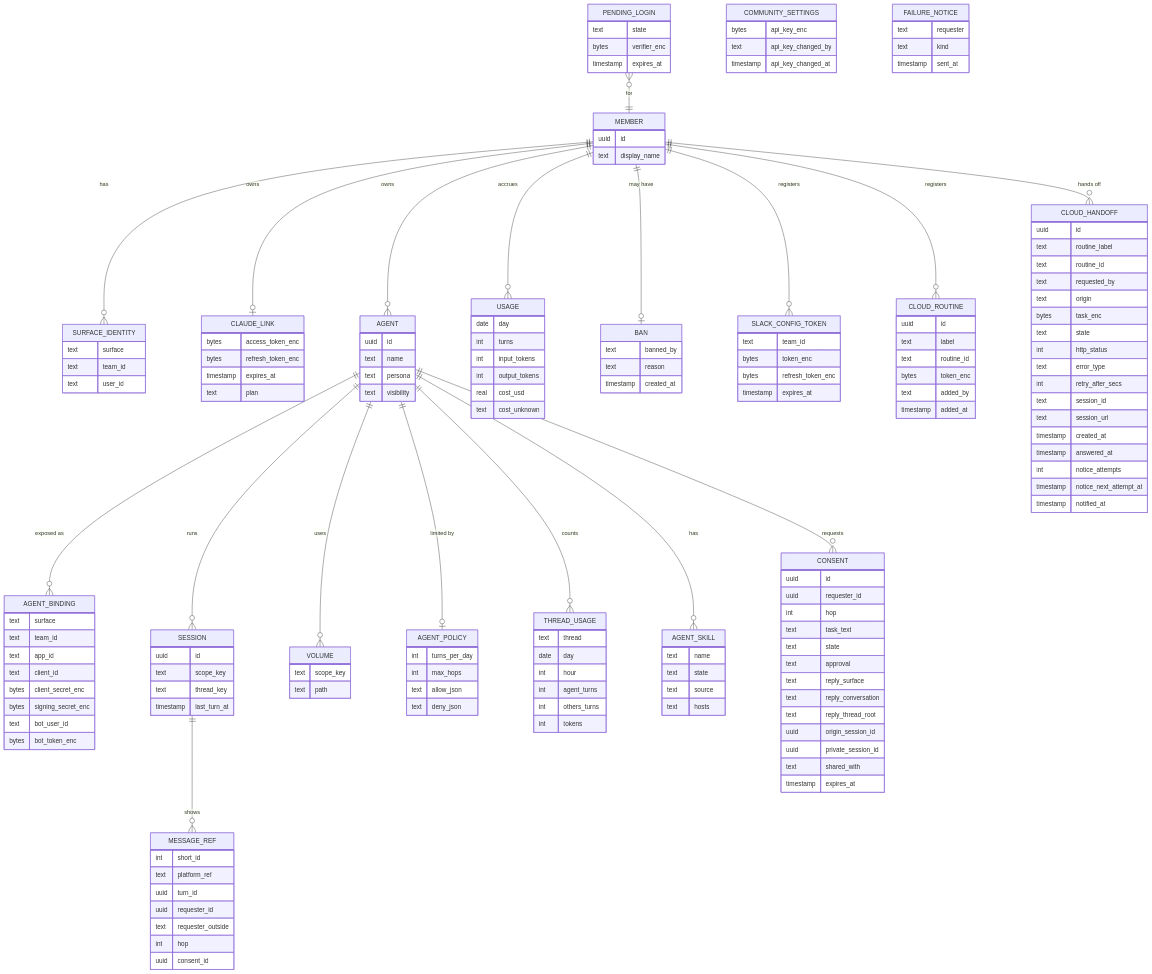
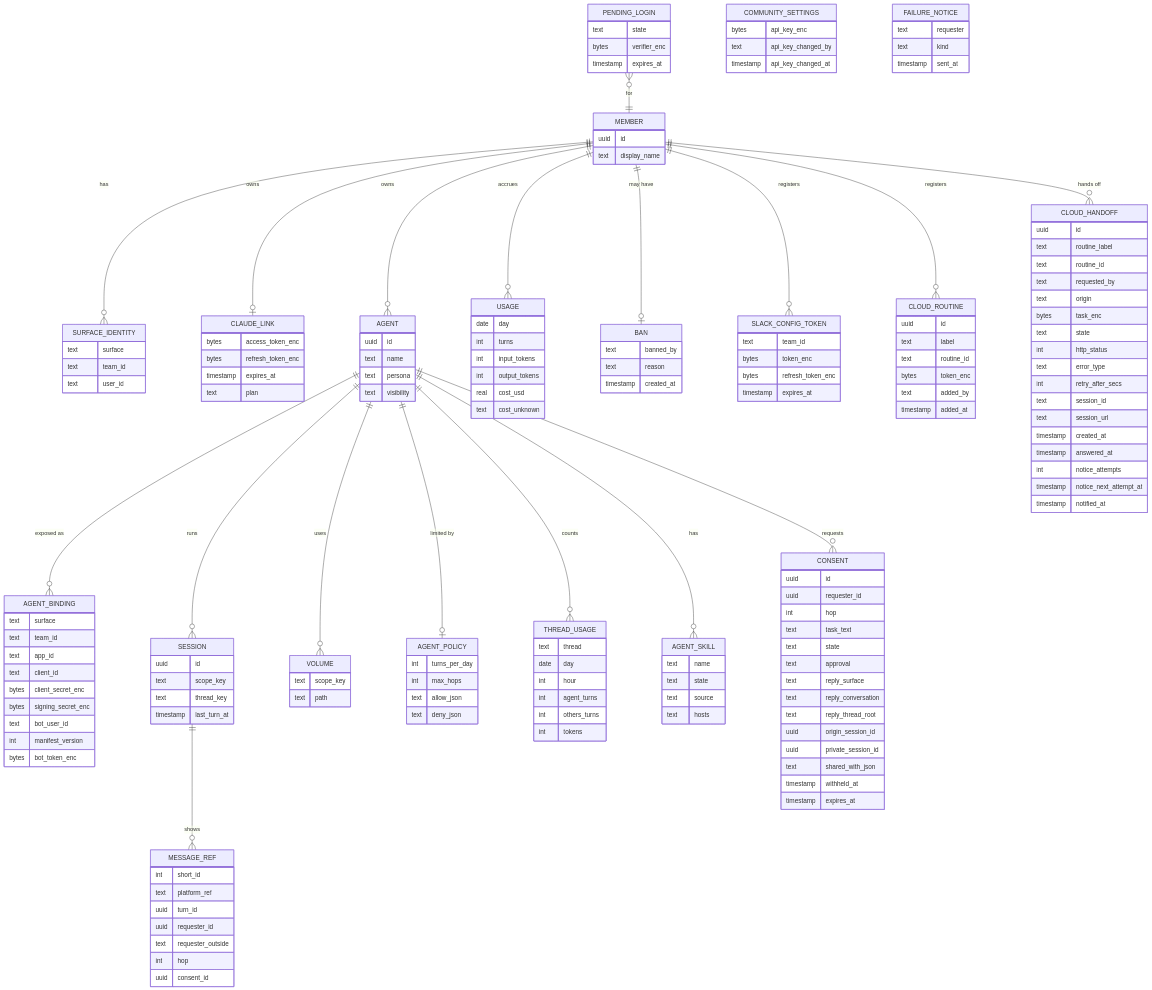
The eighth of 8 diagrams in docs/design.md (agentsky/agent-core), drawn with Mermaid before and after one commit. The commit also changed other lines of this file and 1 other file, not shown here.

```diff
--- a/docs/design.md
+++ b/docs/design.md
@@ -1162,6 +1161,7 @@
         bytes client_secret_enc
         bytes signing_secret_enc
         text bot_user_id
+        int manifest_version
         bytes bot_token_enc
     }
     SLACK_CONFIG_TOKEN {
@@ -1197,7 +1197,8 @@
         text reply_thread_root
         uuid origin_session_id
         uuid private_session_id
-        text shared_with
+        text shared_with_json
+        timestamp withheld_at
         timestamp expires_at
     }
     CLOUD_ROUTINE {
```
